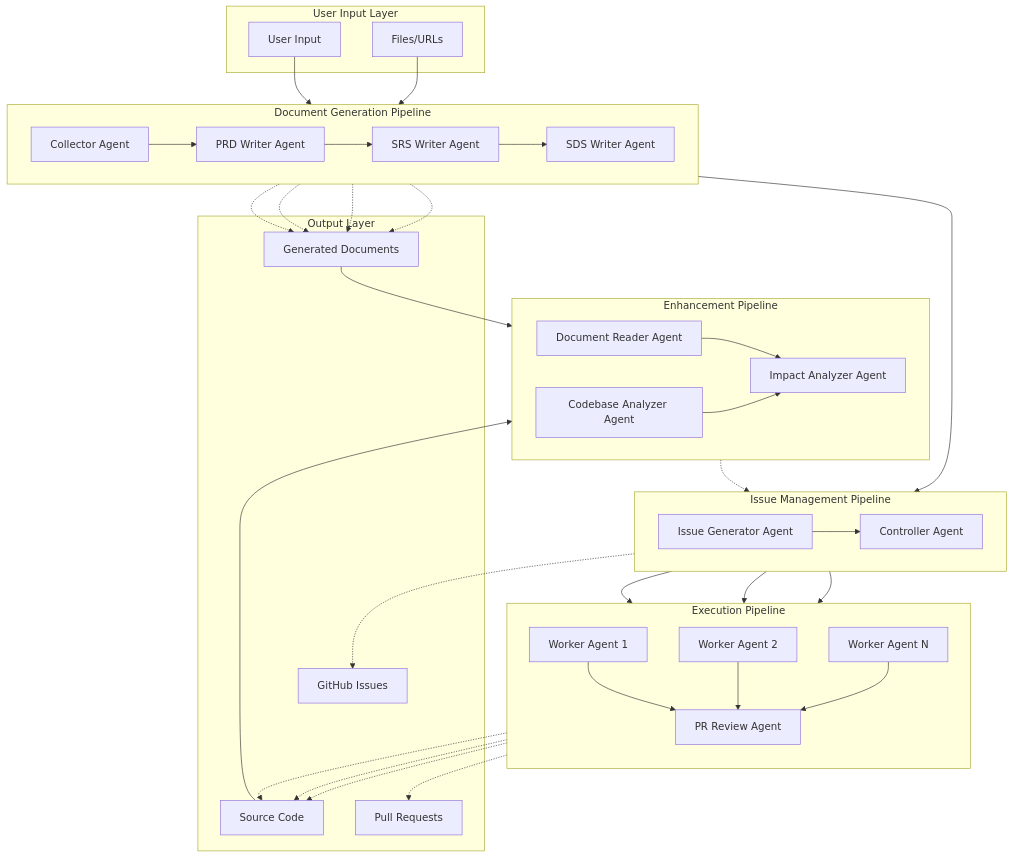
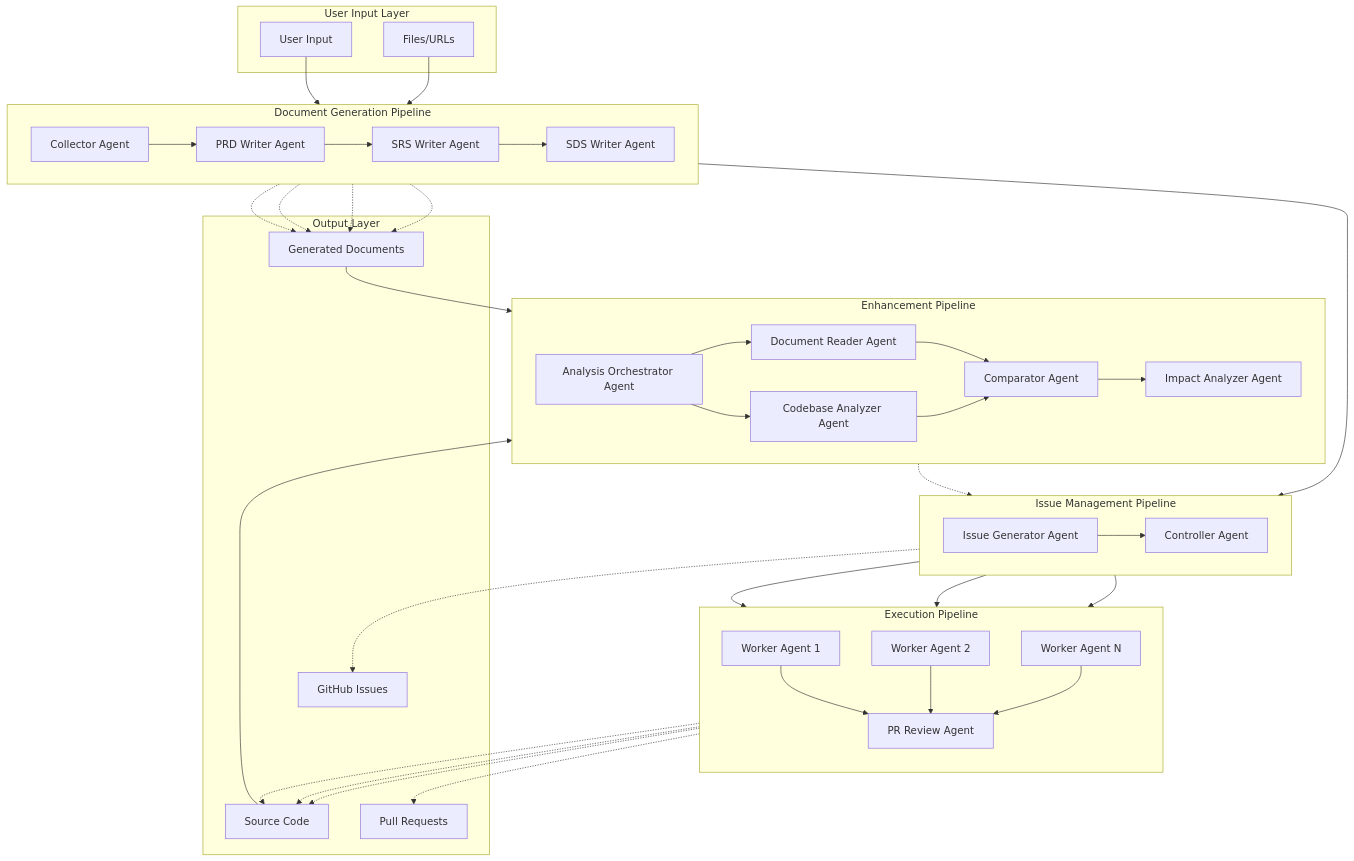
Before and after one commit to kcenon/claude_code_agent: the first of 7 diagrams in docs/system-architecture.md, drawn with Mermaid. The commit also changed other lines of this file and 10 other files, not shown here.

First line of the commit message:
feat(analysis-orchestrator): implement Analysis Orchestrator Agent (#122)

````diff
--- a/docs/system-architecture.md
+++ b/docs/system-architecture.md
@@ -33,8 +33,10 @@
 
     subgraph EnhancementPipeline["Enhancement Pipeline"]
         direction LR
+        ORCH[Analysis Orchestrator Agent]
         DOCREAD[Document Reader Agent]
         CODEBASE[Codebase Analyzer Agent]
+        COMP[Comparator Agent]
         IMPACT[Impact Analyzer Agent]
     end
 
@@ -73,10 +75,13 @@
     WORKERN -.-> CODE
     PR -.-> PRS
 
-    %% Enhancement Pipeline connections
-    DOCS --> DOCREAD
-    CODE --> CODEBASE
-    DOCREAD --> IMPACT
-    CODEBASE --> IMPACT
+    %% Enhancement Pipeline connections (Analysis Orchestrator coordinates sub-agents)
+    DOCS --> ORCH
+    CODE --> ORCH
+    ORCH --> DOCREAD
+    ORCH --> CODEBASE
+    DOCREAD --> COMP
+    CODEBASE --> COMP
+    COMP --> IMPACT
     IMPACT -.-> CTRL
 ```
````
